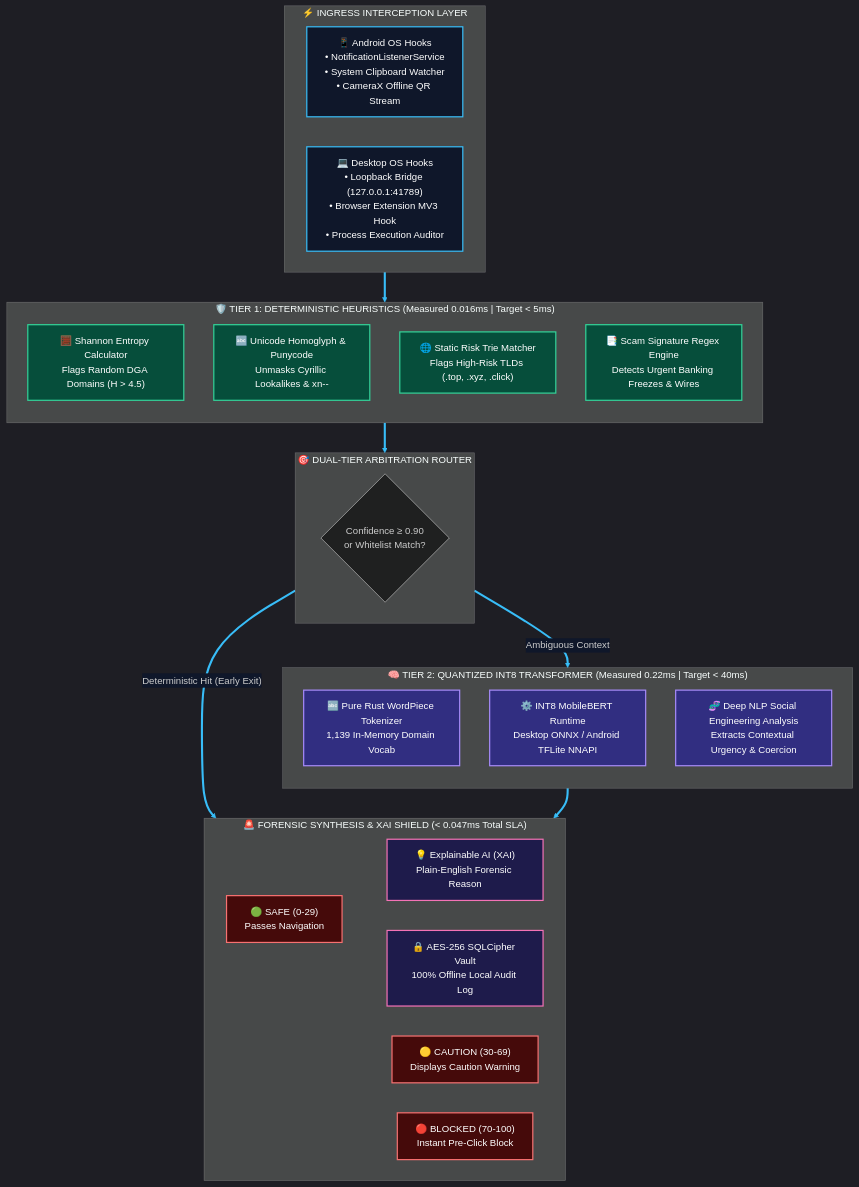
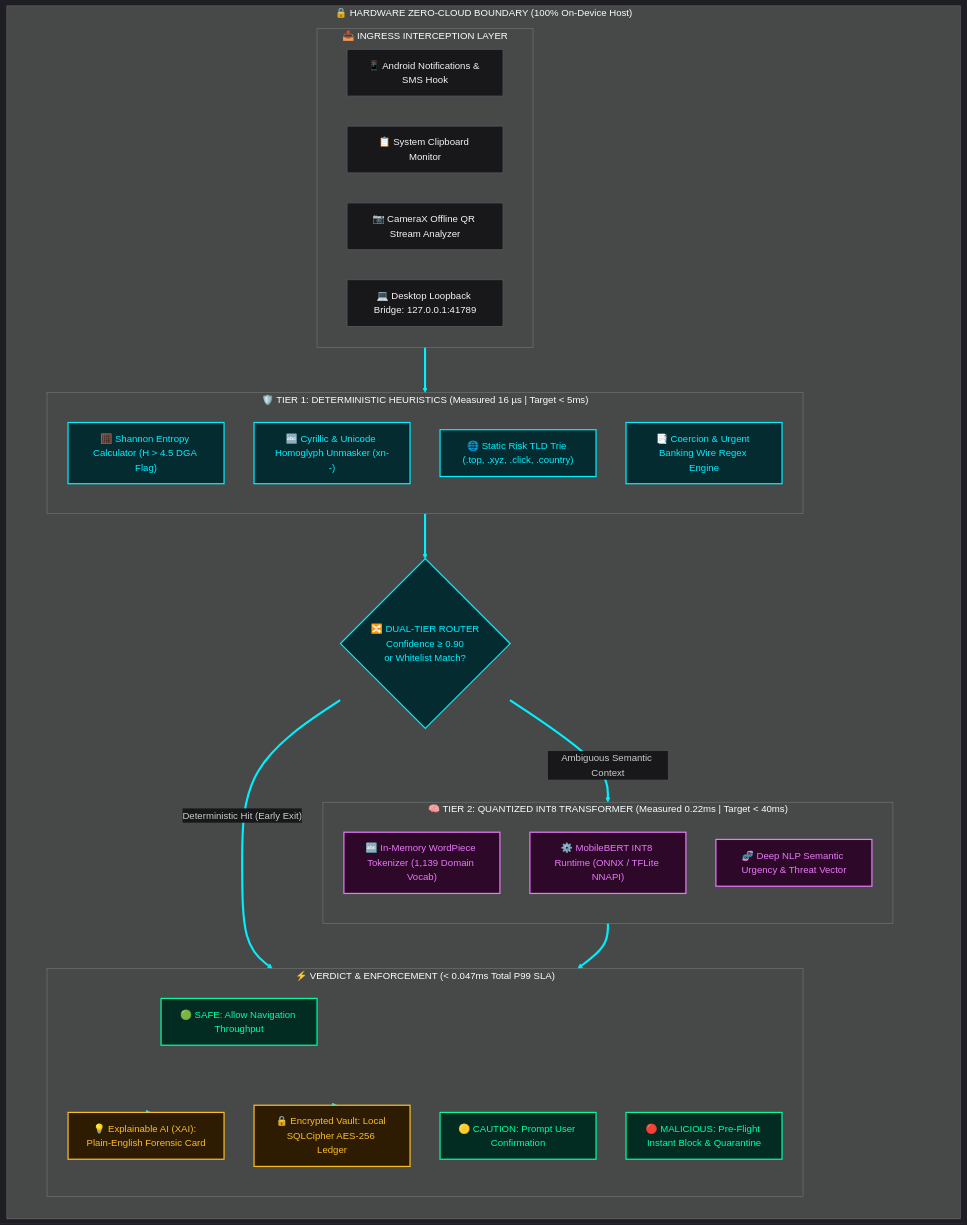
Before and after one commit to CODER0890/PocketSparrow: the first of 4 diagrams in README.md, drawn with Mermaid. The commit also changed other lines of this file, not shown here.

Commit message:
docs(readme): comprehensive visual redesign with neon classDef Mermaid diagrams, shields.io badges, and interactive HTML tables

````diff
--- a/README.md
+++ b/README.md
@@ -107,76 +167,61 @@
 ```mermaid
-%%{init: {'theme': 'dark', 'themeVariables': { 'primaryColor': '#2563EB', 'primaryTextColor': '#ffffff', 'lineColor': '#38BDF8', 'edgeLabelBackground':'#0F172A' }}}%%
+%%{init: {'theme': 'dark', 'themeVariables': { 'darkMode': true, 'background': '#09090b', 'primaryColor': '#00f0ff', 'primaryTextColor': '#ffffff', 'lineColor': '#00f0ff', 'edgeLabelBackground':'#18181b' }}}%%
 flowchart TD
-    subgraph INGRESS["⚡ INGRESS INTERCEPTION LAYER"]
-        direction LR
-        I1["📱 Android OS Hooks
-• NotificationListenerService
-• System Clipboard Watcher
-• CameraX Offline QR Stream"]
-        I2["💻 Desktop OS Hooks
-• Loopback Bridge (127.0.0.1:41789)
-• Browser Extension MV3 Hook
-• Process Execution Auditor"]
+    subgraph BOUNDARY["🔒 HARDWARE ZERO-CLOUD BOUNDARY (100% On-Device Host)"]
+        direction TB
+
+        subgraph INGRESS["📥 INGRESS INTERCEPTION LAYER"]
+            I1["📱 Android Notifications & SMS Hook"]
+            I2["📋 System Clipboard Monitor"]
+            I3["📷 CameraX Offline QR Stream Analyzer"]
+            I4["💻 Desktop Loopback Bridge: 127.0.0.1:41789"]
+        end
+
+        subgraph T1["🛡️ TIER 1: DETERMINISTIC HEURISTICS (Measured 16 µs | Target < 5ms)"]
+            direction TB
+            H1["🧮 Shannon Entropy Calculator (H > 4.5 DGA Flag)"]
+            H2["🔤 Cyrillic & Unicode Homoglyph Unmasker (xn--)"]
+            H3["🌐 Static Risk TLD Trie (.top, .xyz, .click, .country)"]
+            H4["📑 Coercion & Urgent Banking Wire Regex Engine"]
+        end
+
+        ROUTER{"🔀 DUAL-TIER ROUTER\nConfidence ≥ 0.90\nor Whitelist Match?"}
+
+        subgraph T2["🧠 TIER 2: QUANTIZED INT8 TRANSFORMER (Measured 0.22ms | Target < 40ms)"]
+            direction TB
+            M1["🔤 In-Memory WordPiece Tokenizer (1,139 Domain Vocab)"]
+            M2["⚙️ MobileBERT INT8 Runtime (ONNX / TFLite NNAPI)"]
+            M3["🧬 Deep NLP Semantic Urgency & Threat Vector"]
+        end
+
+        subgraph VERDICT["⚡ VERDICT & ENFORCEMENT (< 0.047ms Total P99 SLA)"]
+            direction TB
+            V1["🟢 SAFE: Allow Navigation Throughput"]
+            V2["🟡 CAUTION: Prompt User Confirmation"]
+            V3["🔴 MALICIOUS: Pre-Flight Instant Block & Quarantine"]
+            XAI["💡 Explainable AI (XAI): Plain-English Forensic Card"]
+            VAULT["🔒 Encrypted Vault: Local SQLCipher AES-256 Ledger"]
+        end
     end
 
-    subgraph TIER1["🛡️ TIER 1: DETERMINISTIC HEURISTICS (Measured 0.016ms | Target < 5ms)"]
-        direction TB
-        H1["🧮 Shannon Entropy Calculator
-Flags Random DGA Domains (H > 4.5)"]
-        H2["🔤 Unicode Homoglyph & Punycode
-Unmasks Cyrillic Lookalikes & xn--"]
-        H3["🌐 Static Risk Trie Matcher
-Flags High-Risk TLDs (.top, .xyz, .click)"]
-        H4["📑 Scam Signature Regex Engine
-Detects Urgent Banking Freezes & Wires"]
-    end
-
-    subgraph ROUTER["🎯 DUAL-TIER ARBITRATION ROUTER"]
-        R1{"Confidence ≥ 0.90
-or Whitelist Match?"}
-    end
-
-    subgraph TIER2["🧠 TIER 2: QUANTIZED INT8 TRANSFORMER (Measured 0.22ms | Target < 40ms)"]
-        direction TB
-        M1["🔤 Pure Rust WordPiece Tokenizer
-1,139 In-Memory Domain Vocab"]
-        M2["⚙️ INT8 MobileBERT Runtime
-Desktop ONNX / Android TFLite NNAPI"]
-        M3["🧬 Deep NLP Social Engineering Analysis
-Extracts Contextual Urgency & Coercion"]
-    end
-
-    subgraph VERDICT["🚨 FORENSIC SYNTHESIS & XAI SHIELD (< 0.047ms Total SLA)"]
-        direction LR
-        V1["🟢 SAFE (0-29)
-Passes Navigation"]
-        V2["🟡 CAUTION (30-69)
-Displays Caution Warning"]
-        V3["🔴 BLOCKED (70-100)
-Instant Pre-Click Block"]
-        XAI["💡 Explainable AI (XAI)
-Plain-English Forensic Reason"]
-        VAULT["🔒 AES-256 SQLCipher Vault
-100% Offline Local Audit Log"]
-    end
-
-    INGRESS ==> TIER1
-    TIER1 ==> ROUTER
+    INGRESS ==> T1
+    T1 ==> ROUTER
     ROUTER == "Deterministic Hit (Early Exit)" ==> VERDICT
-    ROUTER == "Ambiguous Context" ==> TIER2
-    TIER2 ==> VERDICT
+    ROUTER == "Ambiguous Semantic Context" ==> T2
+    T2 ==> VERDICT
     VERDICT -.-> XAI
     VERDICT -.-> VAULT
 
-    classDef ingressStyle fill:#0f172a,stroke:#38bdf8,stroke-width:2px,color:#ffffff;
-    classDef tier1Style fill:#064e3b,stroke:#34d399,stroke-width:2px,color:#ffffff;
-    classDef tier2Style fill:#312e81,stroke:#a78bfa,stroke-width:2px,color:#ffffff;
-    classDef verdictStyle fill:#450a0a,stroke:#f87171,stroke-width:2px,color:#ffffff;
-    classDef xaiStyle fill:#1e1b4b,stroke:#f472b6,stroke-width:2px,color:#ffffff;
+    classDef cyan fill:#032b30,stroke:#00f0ff,stroke-width:2px,color:#00f0ff;
+    classDef magenta fill:#2e0828,stroke:#e879f9,stroke-width:2px,color:#e879f9;
+    classDef emerald fill:#022c22,stroke:#00ffa3,stroke-width:2px,color:#00ffa3;
+    classDef amber fill:#2d1b02,stroke:#fbbf24,stroke-width:2px,color:#fbbf24;
+    classDef neutral fill:#18181b,stroke:#52525b,stroke-width:1.5px,color:#f4f4f5;
 
-    class I1,I2 ingressStyle;
-    class H1,H2,H3,H4 tier1Style;
-    class M1,M2,M3 tier2Style;
-    class V1,V2,V3 verdictStyle;
-    class XAI,VAULT xaiStyle;
+    class I1,I2,I3,I4 neutral;
+    class H1,H2,H3,H4 cyan;
+    class M1,M2,M3 magenta;
+    class V1,V2,V3 emerald;
+    class XAI,VAULT amber;
+    class ROUTER cyan;
 ```
````
